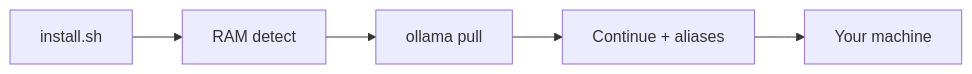
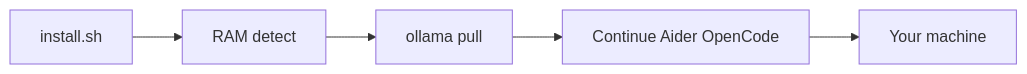
The third of 3 diagrams in README.md (Nonarkara/offline-ai-coding), drawn with Mermaid before and after one commit. The commit also changed other lines of this file and 18 other files, not shown here.

First line of the commit message:
Add OpenCode, OpenRouter free-model path, and studio guardrails

````diff
--- a/README.md
+++ b/README.md
@@ -148,7 +180,7 @@
 ```mermaid
 flowchart LR
     Sh[install.sh] --> Ram[RAM detect]
     Ram --> Pull[ollama pull]
-    Pull --> Cfg[Continue + aliases]
+    Pull --> Cfg[Continue Aider OpenCode]
     Cfg --> You[Your machine]
 ```
````
